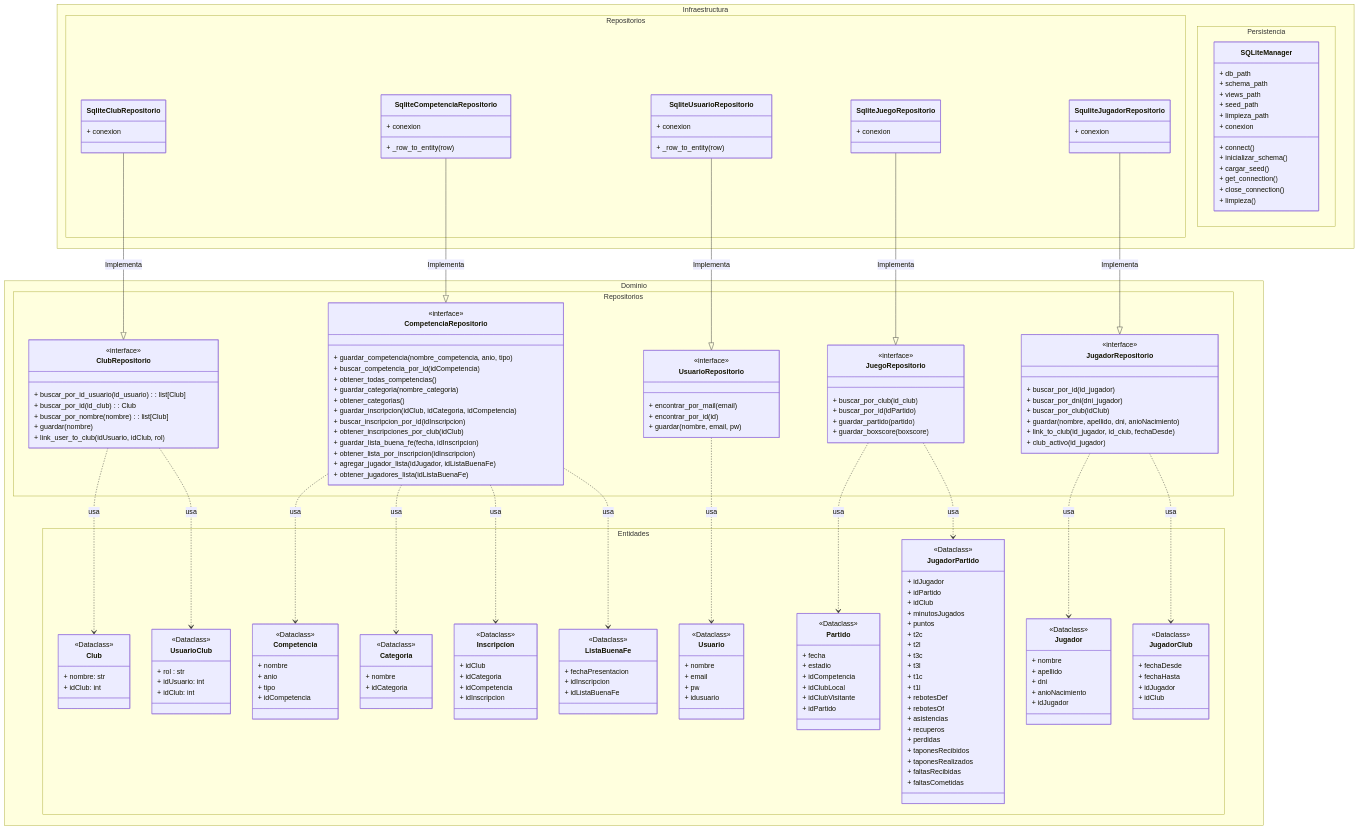
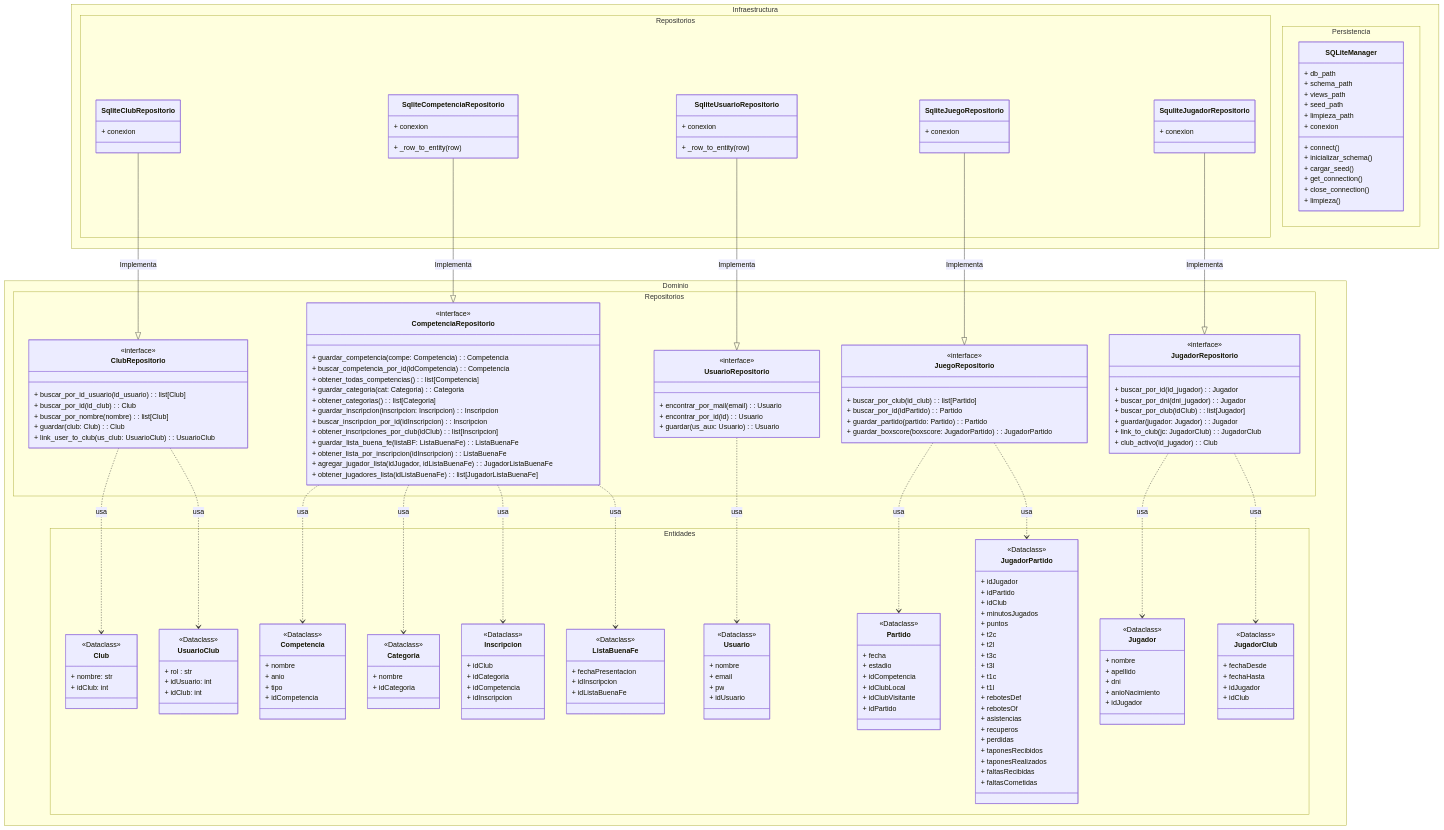
The first of 3 diagrams in docs/diagramas/diagramas.md (nicopinera/app_estadisticas), drawn with Mermaid before and after one commit. The commit also changed other lines of this file, not shown here.

Commit message:
refactor: actualizar firmas de métodos en repositorios y agregar DER

```diff
--- a/docs/diagramas/diagramas.md
+++ b/docs/diagramas/diagramas.md
@@ -27,45 +27,45 @@
         + buscar_por_id_usuario(id_usuario) : list[Club]
         + buscar_por_id(id_club): Club
         + buscar_por_nombre(nombre): list[Club]
-        + guardar(nombre)
-        + link_user_to_club(idUsuario, idClub, rol)
+        + guardar(club: Club): Club
+        + link_user_to_club(us_club: UsuarioClub): UsuarioClub
     }
     class CompetenciaRepositorio{
         <<interface>>
-        + guardar_competencia(nombre_competencia, anio, tipo)
-        + buscar_competencia_por_id(idCompetencia)
-        + obtener_todas_competencias()
-        + guardar_categoria(nombre_categoria)
-        + obtener_categorias()
-        + guardar_inscripcion(idClub, idCategoria, idCompetencia)
-        + buscar_inscripcion_por_id(idInscripcion)
-        + obtener_inscripciones_por_club(idClub)
-        + guardar_lista_buena_fe(fecha, idInscripcion)
-        + obtener_lista_por_inscripcion(idInscripcion)
-        + agregar_jugador_lista(idJugador, idListaBuenaFe)
-        + obtener_jugadores_lista(idListaBuenaFe)
+        + guardar_competencia(compe: Competencia): Competencia
+        + buscar_competencia_por_id(idCompetencia): Competencia
+        + obtener_todas_competencias(): list[Competencia]
+        + guardar_categoria(cat: Categoria): Categoria
+        + obtener_categorias(): list[Categoria]
+        + guardar_inscripcion(inscripcion: Inscripcion): Inscripcion
+        + buscar_inscripcion_por_id(idInscripcion): Inscripcion
+        + obtener_inscripciones_por_club(idClub): list[Inscripcion]
+        + guardar_lista_buena_fe(listaBF: ListaBuenaFe): ListaBuenaFe
+        + obtener_lista_por_inscripcion(idInscripcion): ListaBuenaFe
+        + agregar_jugador_lista(idJugador, idListaBuenaFe): JugadorListaBuenaFe
+        + obtener_jugadores_lista(idListaBuenaFe): list[JugadorListaBuenaFe]
     }
     class UsuarioRepositorio{
         <<interface>>
-        + encontrar_por_mail(email)
-        + encontrar_por_id(id)
-        + guardar(nombre, email, pw)
+        + encontrar_por_mail(email): Usuario
+        + encontrar_por_id(id): Usuario
+        + guardar(us_aux: Usuario): Usuario
     }
     class JuegoRepositorio{
         <<interface>>
-        + buscar_por_club(id_club)
-        + buscar_por_id(idPartido)
-        + guardar_partido(partido)
-        + guardar_boxscore(boxscore)
+        + buscar_por_club(id_club): list[Partido]
+        + buscar_por_id(idPartido): Partido
+        + guardar_partido(partido: Partido): Partido
+        + guardar_boxscore(boxscore: JugadorPartido): JugadorPartido
     }
     class JugadorRepositorio{
         <<interface>>
-        + buscar_por_id(id_jugador)
-        + buscar_por_dni(dni_jugador)
-        + buscar_por_club(idClub)
-        + guardar(nombre, apellido, dni, anioNacimiento)
-        + link_to_club(id_jugador, id_club, fechaDesde)
-        + club_activo(id_jugador)
+        + buscar_por_id(id_jugador): Jugador
+        + buscar_por_dni(dni_jugador): Jugador
+        + buscar_por_club(idClub): list[Jugador]
+        + guardar(jugador: Jugador): Jugador
+        + link_to_club(jc: JugadorClub): JugadorClub
+        + club_activo(id_jugador): Club
     }
 }
 namespace Dominio.Entidades{
@@ -110,7 +110,7 @@
         + nombre
         + email
         + pw
-        + idusuario
+        + idUsuario
     }
     class JugadorPartido{
         <<Dataclass>>
```
